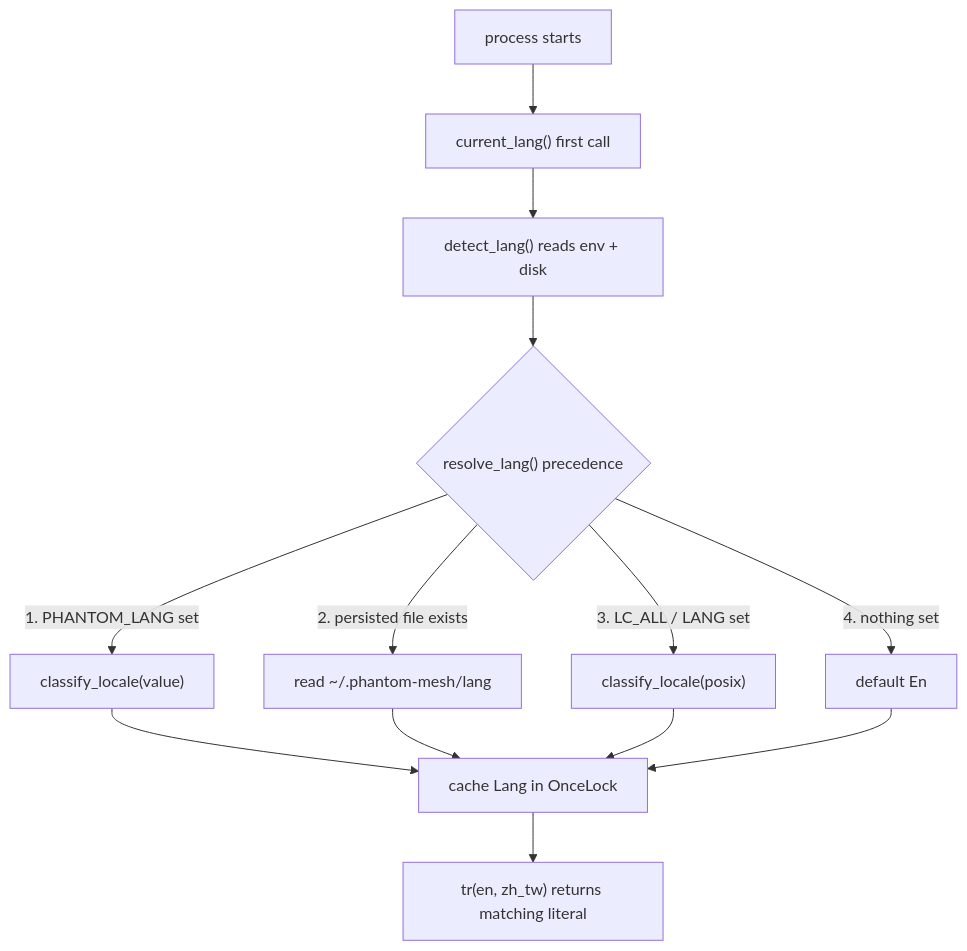
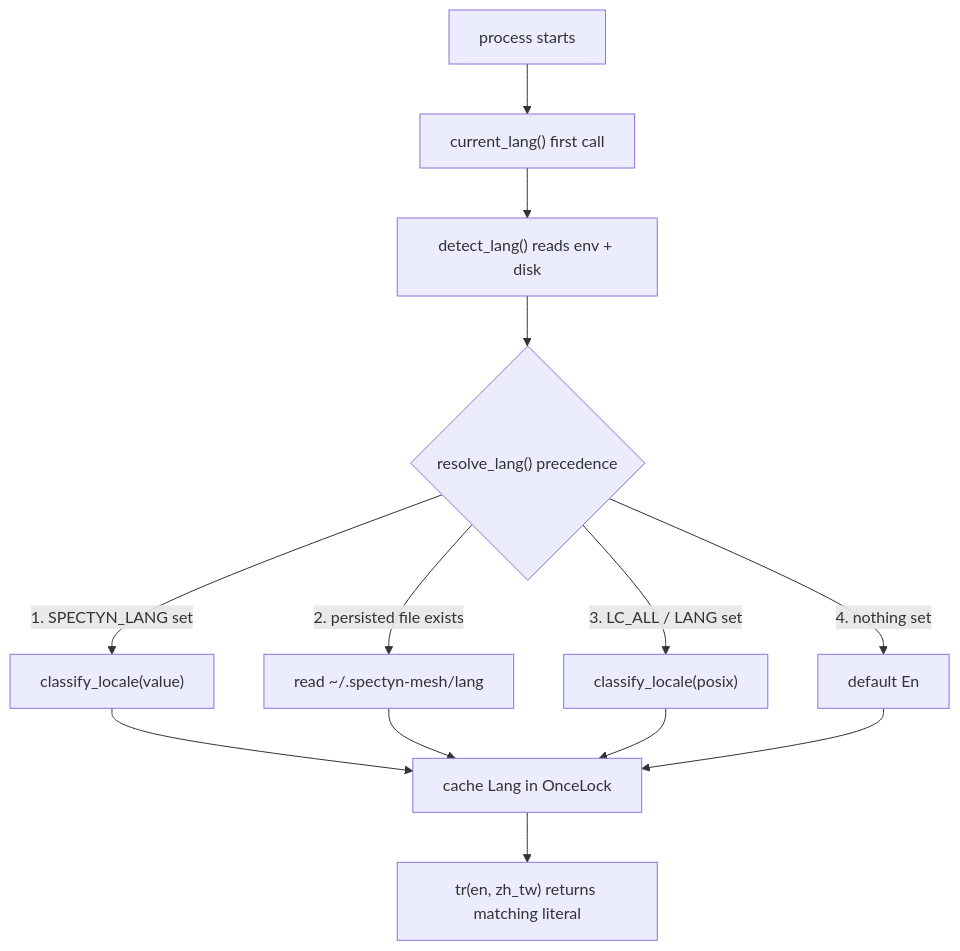
One commit to markl-a/phantom-mesh changed the diagram in docs/architecture/i18n-localization.md. Above: the diagram before and after it, drawn with Mermaid. The commit also changed other lines of this file and 1245 other files, not shown here.

First line of the commit message:
rename: phantom -> spectyn across the public tree

````diff
--- a/docs/architecture/i18n-localization.md
+++ b/docs/architecture/i18n-localization.md
@@ -37,15 +37,15 @@
 ```mermaid
 flowchart TD
     A["process starts"] --> B["current_lang() first call"]
     B --> C["detect_lang() reads env + disk"]
     C --> D{"resolve_lang() precedence"}
-    D -->|"1. PHANTOM_LANG set"| E["classify_locale(value)"]
-    D -->|"2. persisted file exists"| F["read ~/.phantom-mesh/lang"]
+    D -->|"1. SPECTYN_LANG set"| E["classify_locale(value)"]
+    D -->|"2. persisted file exists"| F["read ~/.spectyn-mesh/lang"]
     D -->|"3. LC_ALL / LANG set"| G["classify_locale(posix)"]
     D -->|"4. nothing set"| H["default En"]
     E --> I["cache Lang in OnceLock"]
     F --> I
     G --> I
     H --> I
     I --> J["tr(en, zh_tw) returns matching literal"]
 ```
````
